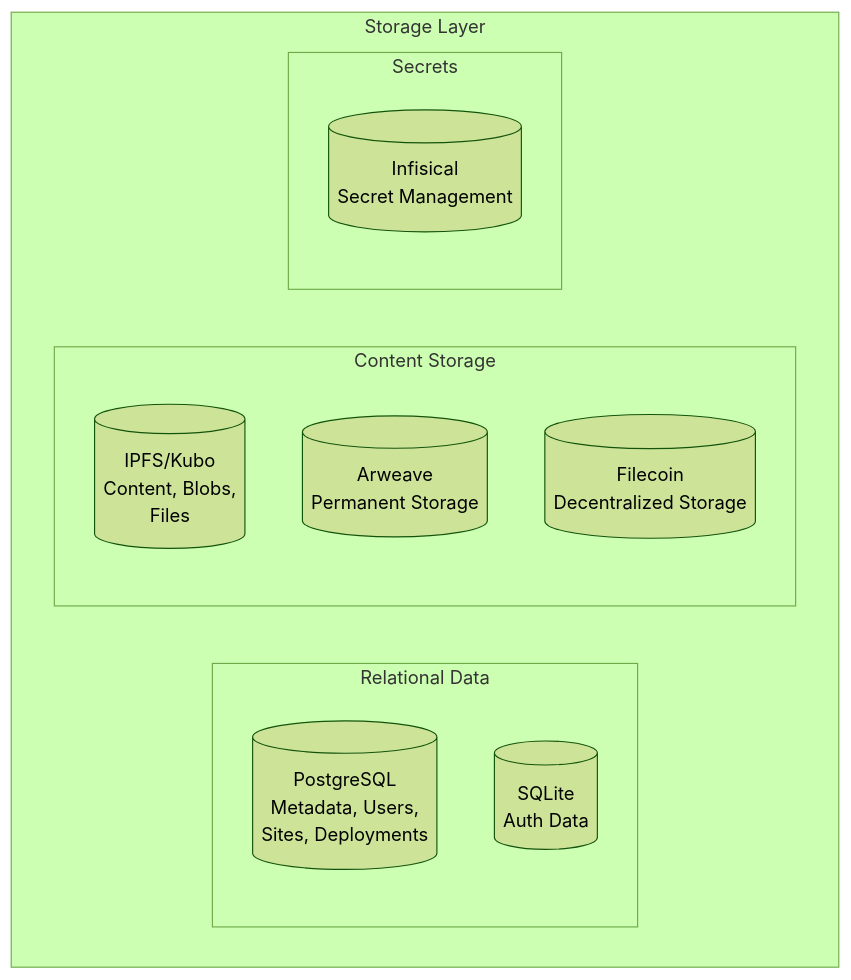
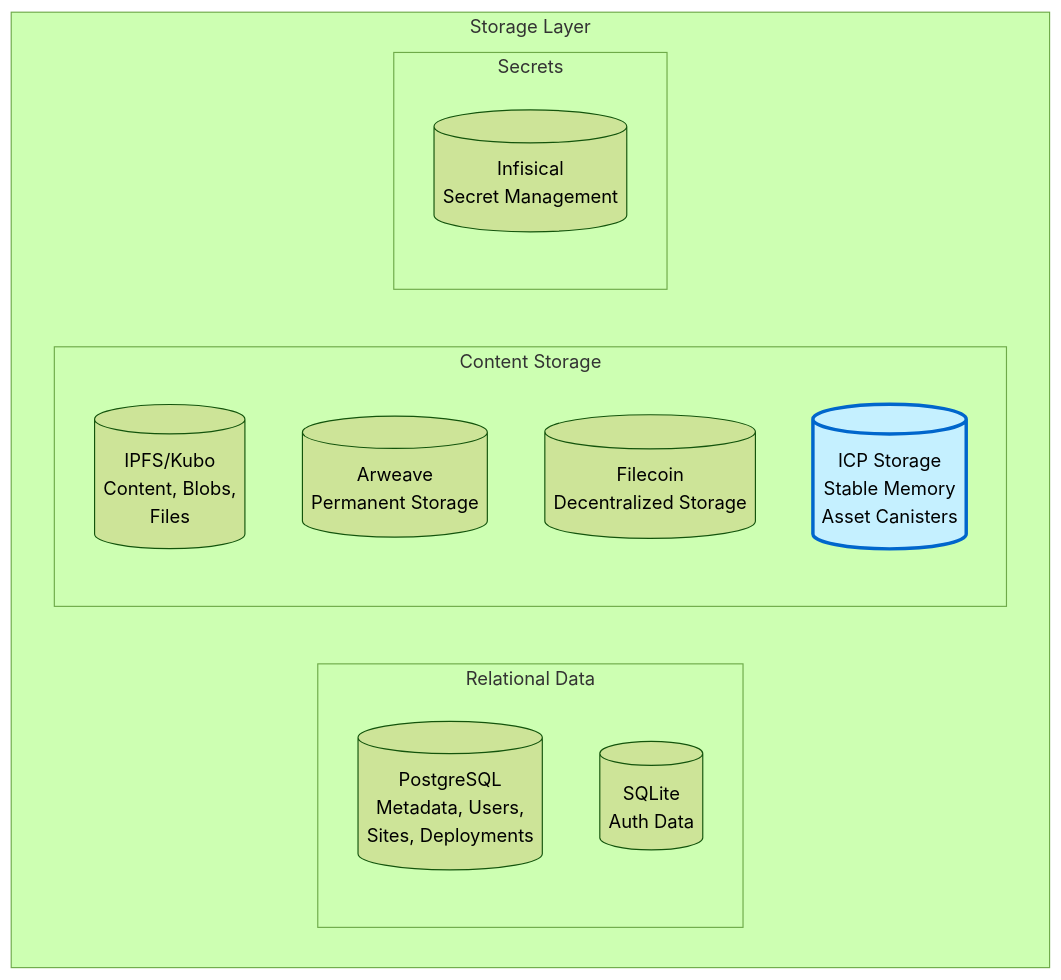
The third of 18 diagrams in TECHNICAL_ARCHITECTURE.md (alternatefutures/.github), drawn with Mermaid (forest theme) before and after one commit. The commit also changed other lines of this file, not shown here.

First line of the commit message:
feat: integrate Internet Computer (ICP) into architecture

````diff
--- a/TECHNICAL_ARCHITECTURE.md
+++ b/TECHNICAL_ARCHITECTURE.md
@@ -151,19 +180,22 @@
 ```mermaid
 graph TB
     subgraph "Storage Layer"
         subgraph "Relational Data"
             PG[(PostgreSQL<br/>Metadata, Users,<br/>Sites, Deployments)]
             SQLite[(SQLite<br/>Auth Data)]
         end
         
         subgraph "Content Storage"
             IPFS[(IPFS/Kubo<br/>Content, Blobs,<br/>Files)]
             Arweave[(Arweave<br/>Permanent Storage)]
             Filecoin[(Filecoin<br/>Decentralized Storage)]
+            ICPStorage[(ICP Storage<br/>Stable Memory<br/>Asset Canisters)]
         end
         
         subgraph "Secrets"
             Infisical[(Infisical<br/>Secret Management)]
         end
     end
+    
+    style ICPStorage fill:#c5f0ff,stroke:#0066cc,stroke-width:3px
 ```
````
